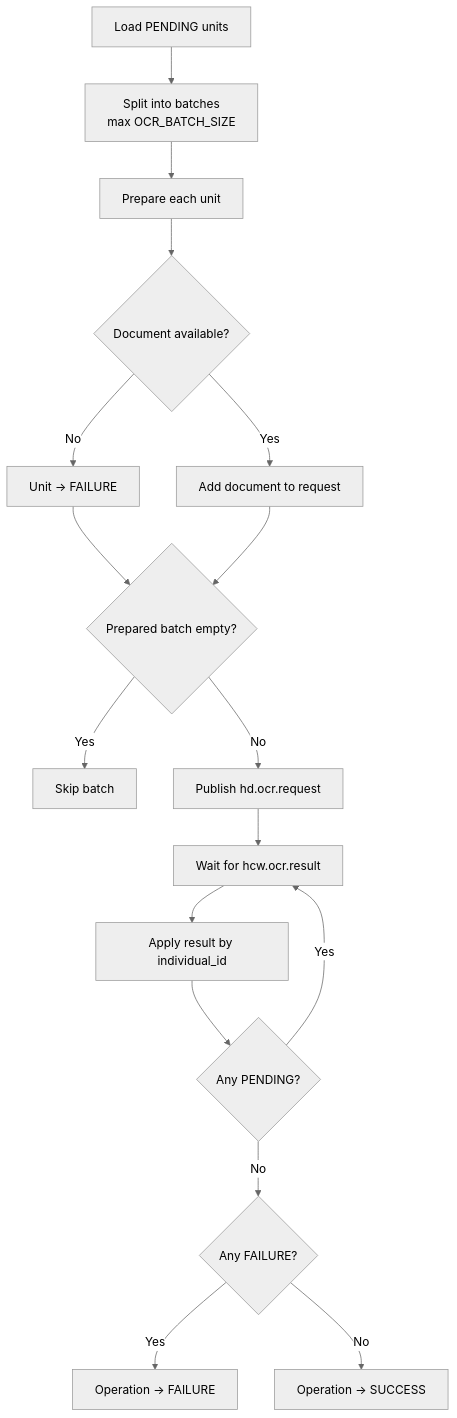
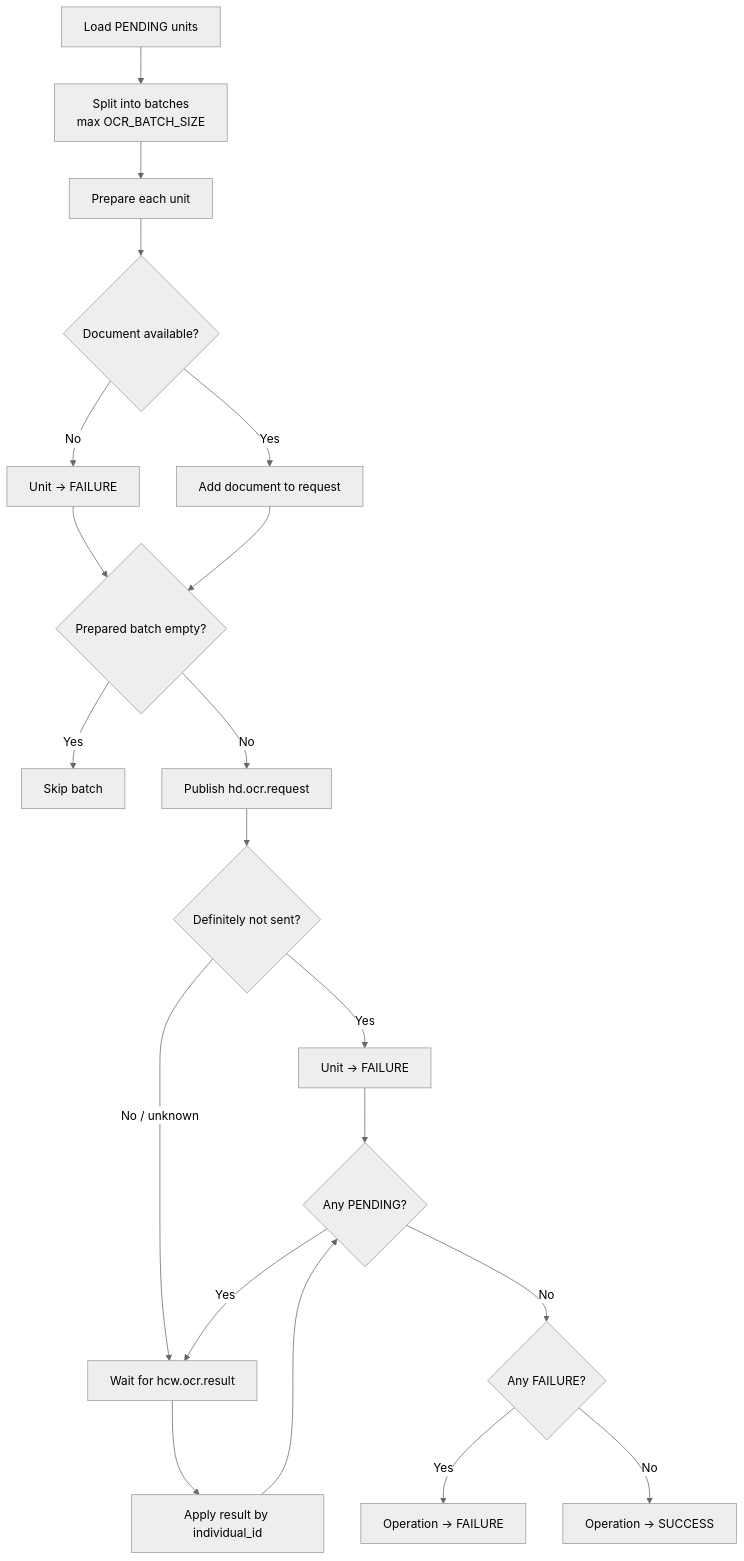
The second of 2 diagrams in docs/src/flows/ocr.md (unicef/hope-country-workspace), drawn with Mermaid (neutral theme) before and after one commit. The commit also changed other lines of this file and 7 other files, not shown here.

````diff
--- a/docs/src/flows/ocr.md
+++ b/docs/src/flows/ocr.md
@@ -76,29 +76,33 @@
 ```mermaid
 flowchart TB
 
     A["Load PENDING units"]
     B["Split into batches<br/>max OCR_BATCH_SIZE"]
     C["Prepare each unit"]
     D{"Document available?"}
     E["Unit -> FAILURE"]
     F["Add document to request"]
     G{"Prepared batch empty?"}
     H["Skip batch"]
     I["Publish hd.ocr.request"]
+    P{"Definitely not sent?"}
+    Q["Unit -> FAILURE"]
     J["Wait for hcw.ocr.result"]
     K["Apply result by individual_id"]
     L{"Any PENDING?"}
     M{"Any FAILURE?"}
     N["Operation -> FAILURE"]
     O["Operation -> SUCCESS"]
 
     A --> B --> C --> D
     D -->|No| E --> G
     D -->|Yes| F --> G
     G -->|Yes| H
-    G -->|No| I --> J --> K --> L
+    G -->|No| I --> P
+    P -->|Yes| Q --> L
+    P -->|No / unknown| J --> K --> L
     L -->|Yes| J
     L -->|No| M
     M -->|Yes| N
     M -->|No| O
 ```
````
